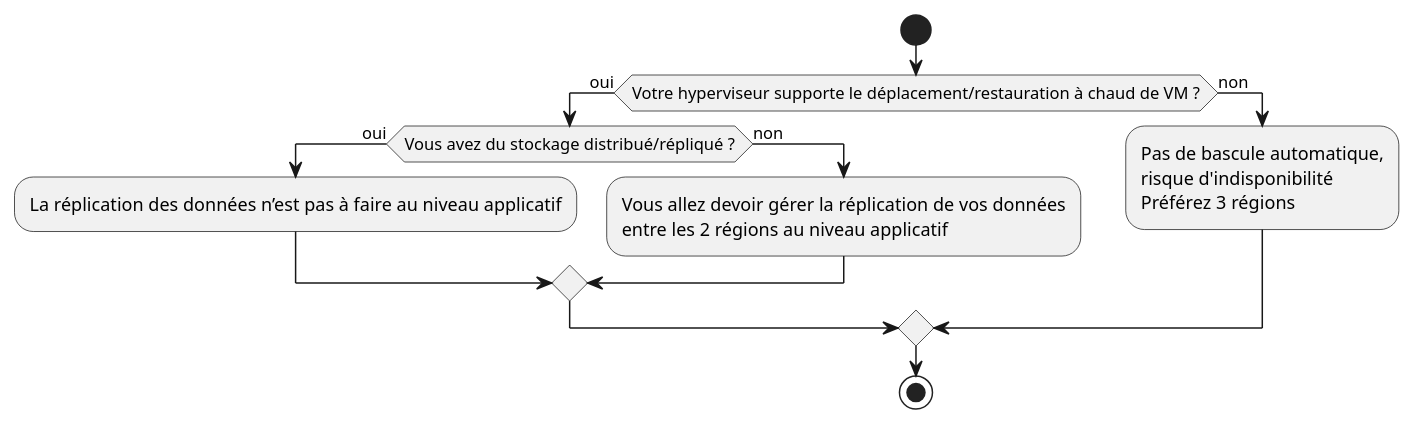
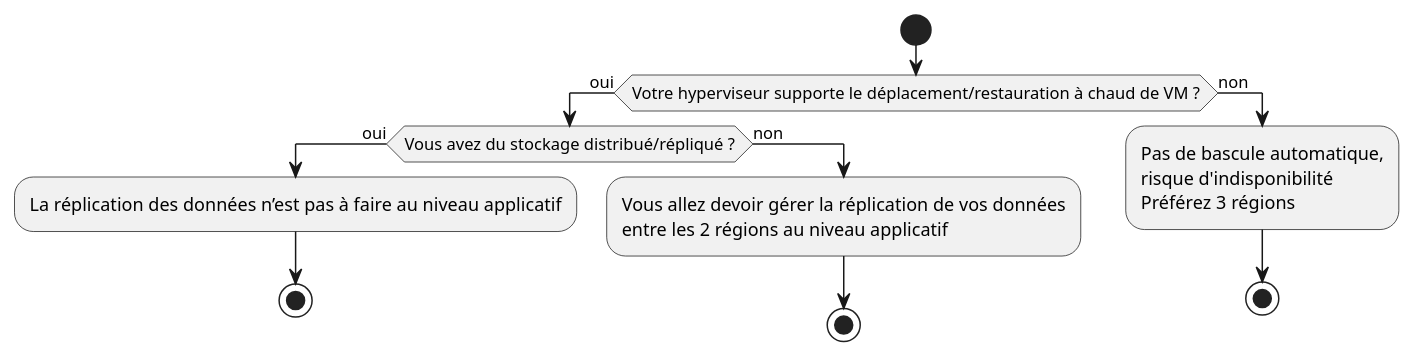
Before and after one commit to sylvainmetayer/talk-k8s-2-az: the diagram in diagrams/099-conclusion.puml, drawn with PlantUML. The commit also changed 10 other files, not shown here.

```diff
--- a/diagrams/099-conclusion.puml
+++ b/diagrams/099-conclusion.puml
@@ -1,17 +1,18 @@
 @startuml
 
 start
 
 if (Votre hyperviseur supporte le déplacement/restauration à chaud de VM ?) then (oui)
     if (Vous avez du stockage distribué/répliqué ?) then (oui)
       :La réplication des données n’est pas à faire au niveau applicatif;
+      stop
     else (non)
       :Vous allez devoir gérer la réplication de vos données\nentre les 2 régions au niveau applicatif;
+      stop
     endif
 else (non)
   :Pas de bascule automatique,\nrisque d'indisponibilité\nPréférez 3 régions;
+  stop
 endif
 
-stop
-
 @enduml
```
